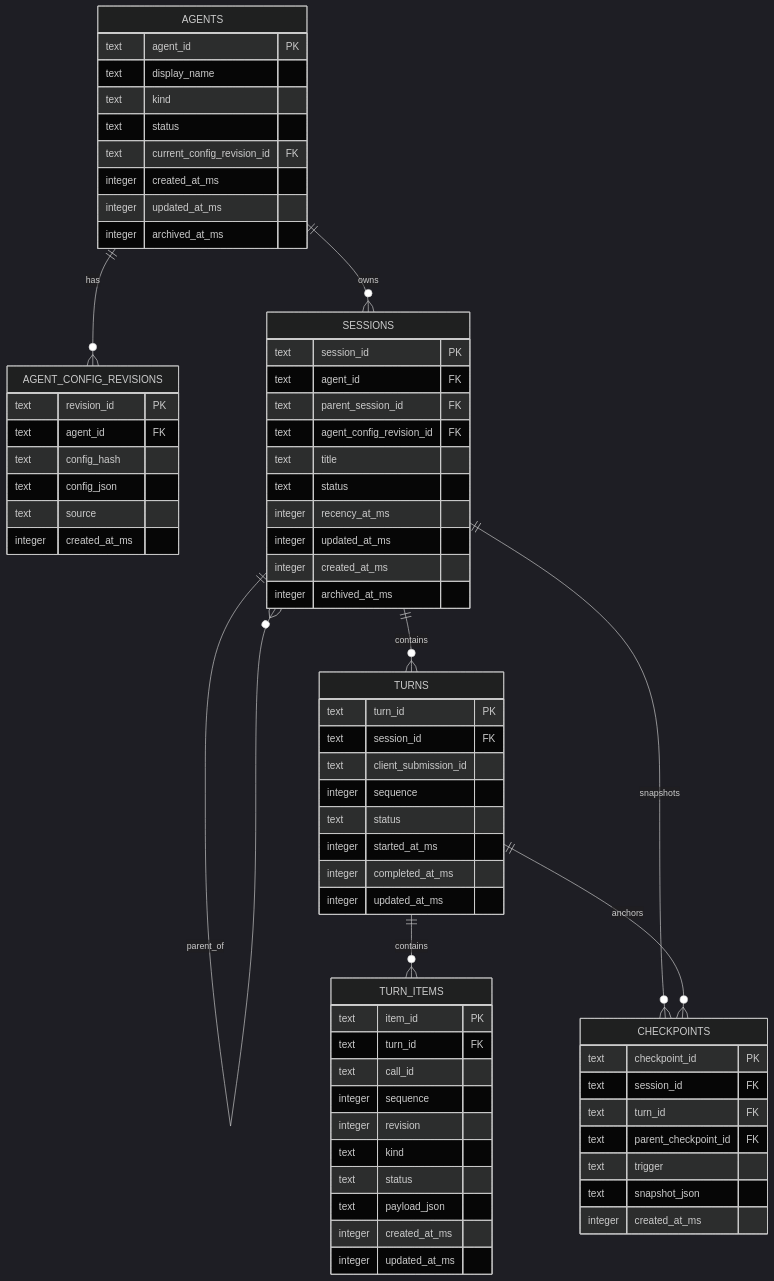
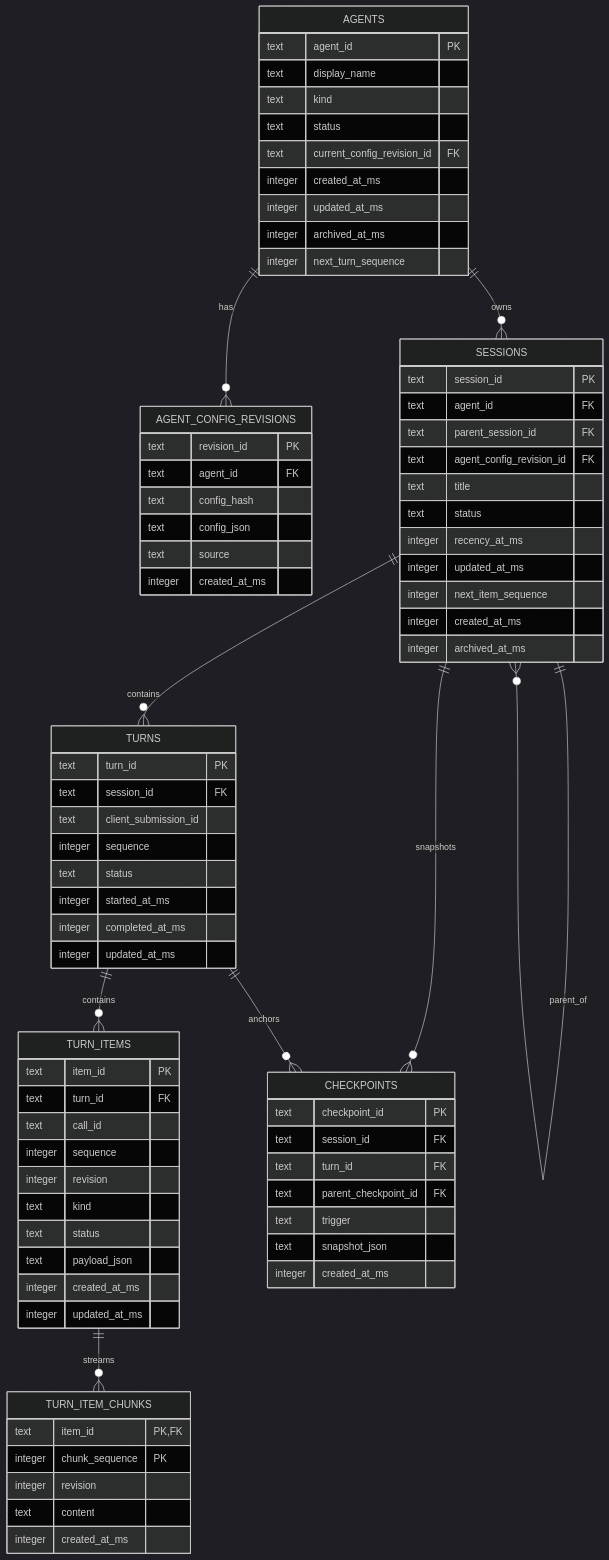
One commit to CCDawn/Vibelution changed the diagram in docs/archive/plans/2026-08/2026-08-11-agent-session-sqlite-migration.md. Above: the diagram before and after it, drawn with Mermaid (dark theme). The commit also changed other lines of this file, not shown here.

````diff
--- a/docs/archive/plans/2026-08/2026-08-11-agent-session-sqlite-migration.md
+++ b/docs/archive/plans/2026-08/2026-08-11-agent-session-sqlite-migration.md
@@ -83,72 +92,82 @@
 ```mermaid
 erDiagram
     AGENTS ||--o{ AGENT_CONFIG_REVISIONS : has
     AGENTS ||--o{ SESSIONS : owns
     SESSIONS ||--o{ SESSIONS : parent_of
     SESSIONS ||--o{ TURNS : contains
     TURNS ||--o{ TURN_ITEMS : contains
+    TURN_ITEMS ||--o{ TURN_ITEM_CHUNKS : streams
     SESSIONS ||--o{ CHECKPOINTS : snapshots
     TURNS ||--o{ CHECKPOINTS : anchors
 
     AGENTS {
       text agent_id PK
       text display_name
       text kind
       text status
       text current_config_revision_id FK
       integer created_at_ms
       integer updated_at_ms
       integer archived_at_ms
+      integer next_turn_sequence
     }
     AGENT_CONFIG_REVISIONS {
       text revision_id PK
       text agent_id FK
       text config_hash
       text config_json
       text source
       integer created_at_ms
     }
     SESSIONS {
       text session_id PK
       text agent_id FK
       text parent_session_id FK
       text agent_config_revision_id FK
       text title
       text status
       integer recency_at_ms
       integer updated_at_ms
+      integer next_item_sequence
       integer created_at_ms
       integer archived_at_ms
     }
     TURNS {
       text turn_id PK
       text session_id FK
       text client_submission_id
       integer sequence
       text status
       integer started_at_ms
       integer completed_at_ms
       integer updated_at_ms
+    }
+    TURN_ITEM_CHUNKS {
+      text item_id PK, FK
+      integer chunk_sequence PK
+      integer revision
+      text content
+      integer created_at_ms
     }
     TURN_ITEMS {
       text item_id PK
       text turn_id FK
       text call_id
       integer sequence
       integer revision
       text kind
       text status
       text payload_json
       integer created_at_ms
       integer updated_at_ms
     }
     CHECKPOINTS {
       text checkpoint_id PK
       text session_id FK
       text turn_id FK
       text parent_checkpoint_id FK
       text trigger
       text snapshot_json
       integer created_at_ms
     }
 ```
````
